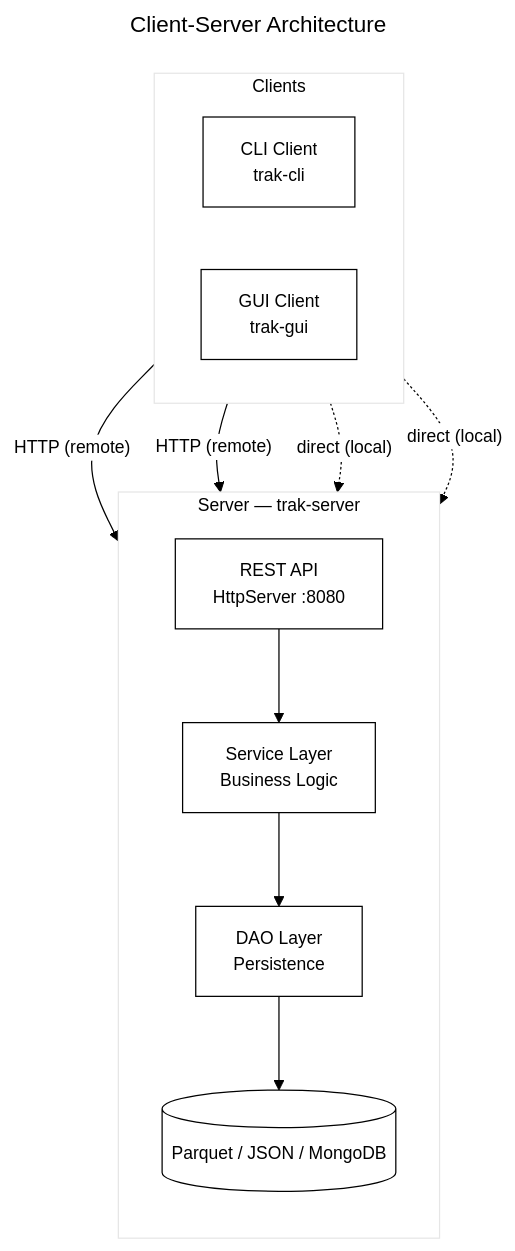
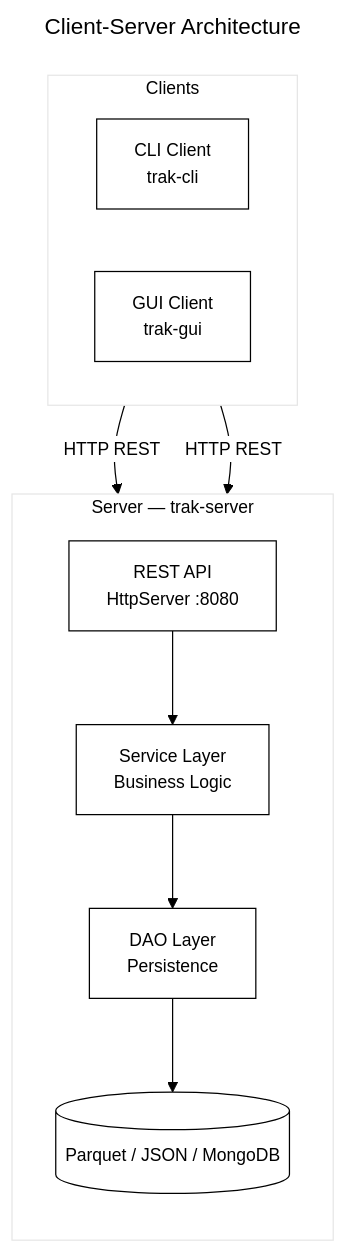
Before and after one commit to magana272/TaskTrac: the diagram in docs/DESIGN.md, drawn with Mermaid. The commit also changed 12 other files, not shown here.

First line of the commit message:
Fix architecture diagrams to show HTTP-only communication, remove docs/change/

````diff
--- a/docs/DESIGN.md
+++ b/docs/DESIGN.md
@@ -136,34 +136,32 @@
 ```mermaid
 ---
 config:
   theme: base
   themeVariables:
     primaryColor: '#ffffff'
     primaryTextColor: '#000000'
     primaryBorderColor: '#000000'
     lineColor: '#000000'
     fontFamily: 'Georgia, Times New Roman, serif'
     fontSize: '14px'
 title: Client-Server Architecture
 ---
 flowchart TB
     subgraph Clients
         direction LR
         CLI["CLI Client\ntrak-cli"]
         GUI["GUI Client\ntrak-gui"]
     end
 
     subgraph Server["Server — trak-server"]
         direction TB
         REST["REST API\nHttpServer :8080"]
         SVC["Service Layer\nBusiness Logic"]
         DAO["DAO Layer\nPersistence"]
         STORE[("Parquet / JSON / MongoDB")]
         REST --> SVC --> DAO --> STORE
     end
 
-    CLI -->|"HTTP (remote)"| REST
-    GUI -->|"HTTP (remote)"| REST
-    CLI -.->|"direct (local)"| SVC
-    GUI -.->|"direct (local)"| SVC
+    CLI -->|"HTTP REST"| REST
+    GUI -->|"HTTP REST"| REST
 ```
````
